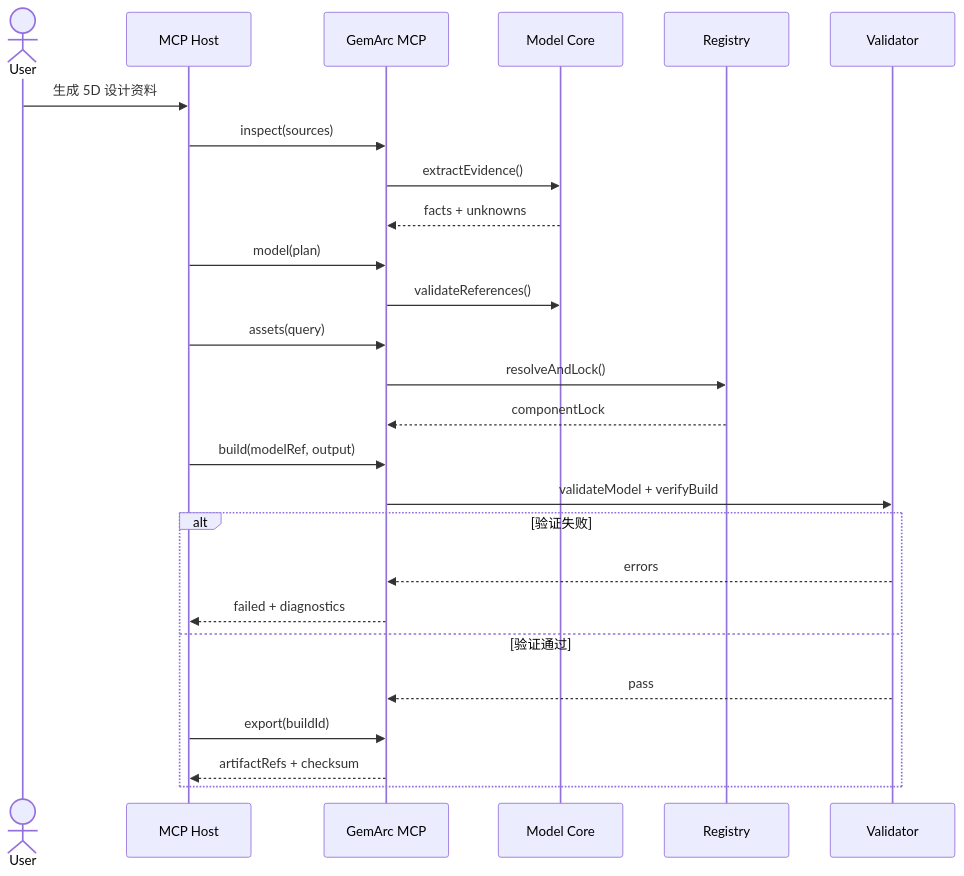
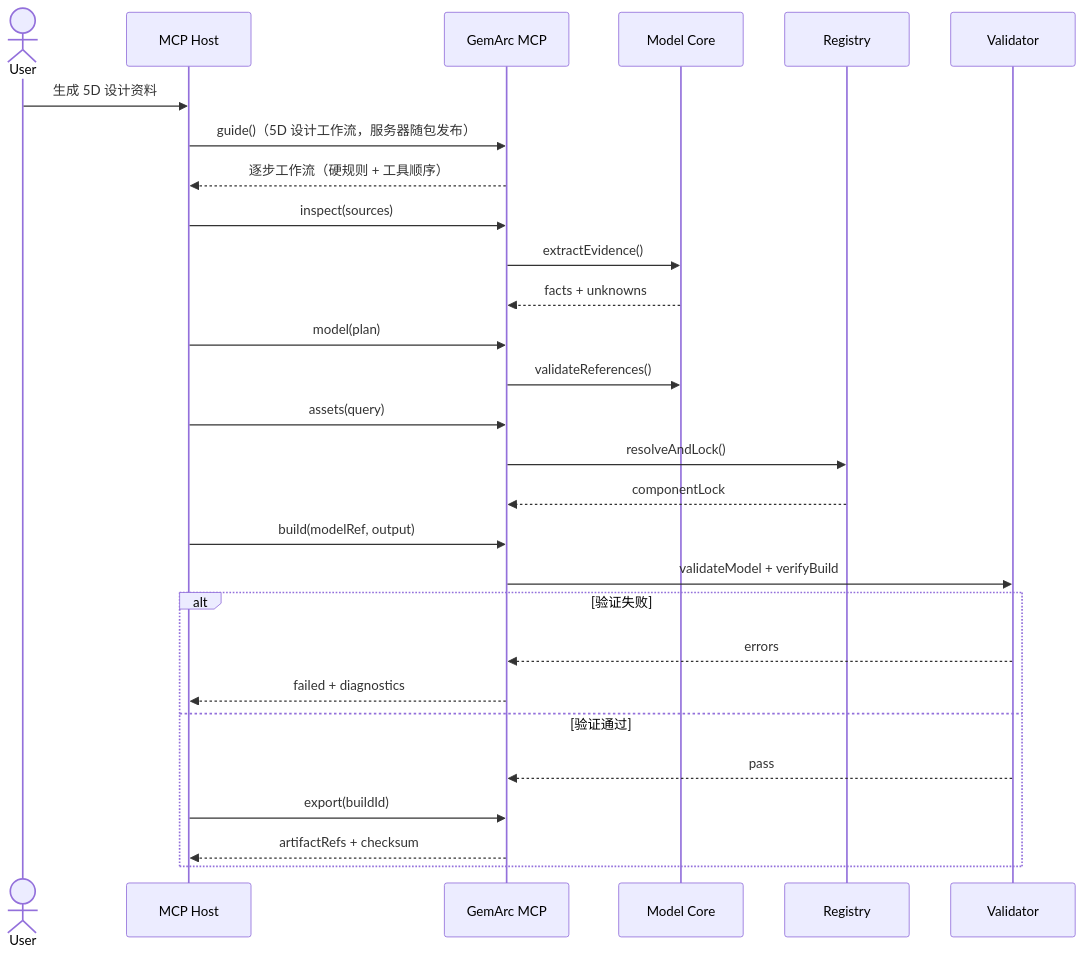
The diagram in docs/06_图表/03_mcp_operation_sequence.mmd (UlyssesLeoLee/GemArc), drawn with Mermaid before and after one commit. The commit also changed 38 other files, not shown here.

First line of the commit message:
让 MCP 服务器自己发出 5D 设计工作流

```diff
--- a/docs/06_图表/03_mcp_operation_sequence.mmd
+++ b/docs/06_图表/03_mcp_operation_sequence.mmd
@@ -1,26 +1,28 @@
 sequenceDiagram
     actor User
     participant Host as MCP Host
     participant MCP as GemArc MCP
     participant Core as Model Core
     participant Assets as Registry
     participant QA as Validator
     User->>Host: 生成 5D 设计资料
+    Host->>MCP: guide()（5D 设计工作流，服务器随包发布）
+    MCP-->>Host: 逐步工作流（硬规则 + 工具顺序）
     Host->>MCP: inspect(sources)
     MCP->>Core: extractEvidence()
     Core-->>MCP: facts + unknowns
     Host->>MCP: model(plan)
     MCP->>Core: validateReferences()
     Host->>MCP: assets(query)
     MCP->>Assets: resolveAndLock()
     Assets-->>MCP: componentLock
     Host->>MCP: build(modelRef, output)
     MCP->>QA: validateModel + verifyBuild
     alt 验证失败
       QA-->>MCP: errors
       MCP-->>Host: failed + diagnostics
     else 验证通过
       QA-->>MCP: pass
       Host->>MCP: export(buildId)
       MCP-->>Host: artifactRefs + checksum
     end
```
